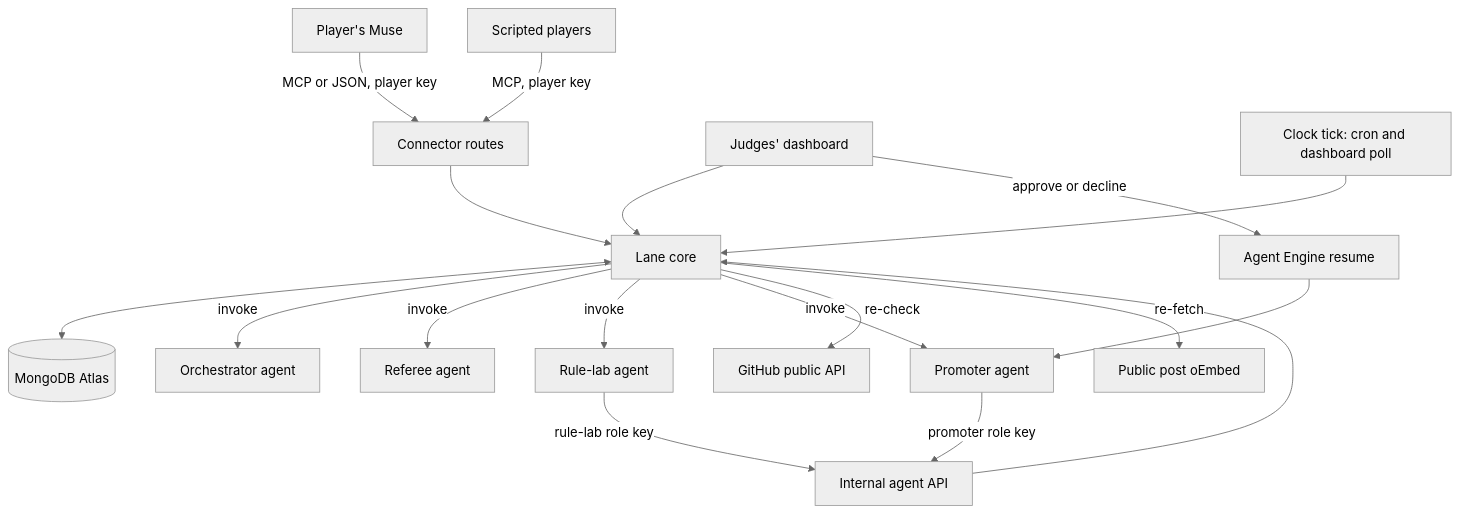
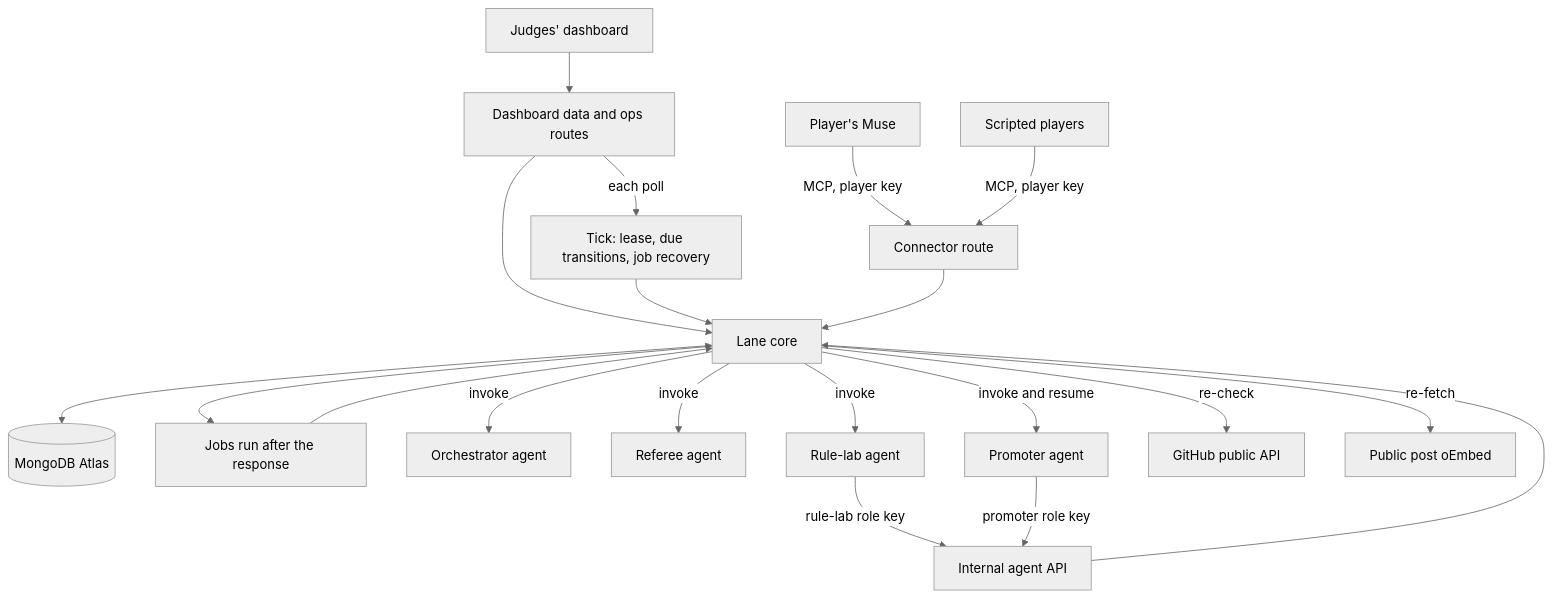
Before and after one commit to mxblmr/lane: the second of 5 diagrams in docs/plans/2026-10-11-1233-feat-lane-mvp-plan.md, drawn with Mermaid (neutral theme). The commit also changed other lines of this file, not shown here.

````diff
--- a/docs/plans/2026-10-11-1233-feat-lane-mvp-plan.md
+++ b/docs/plans/2026-10-11-1233-feat-lane-mvp-plan.md
@@ -268,20 +311,22 @@
 ```mermaid
 flowchart TB
-  muse["Player's Muse"] -->|"MCP or JSON, player key"| conn["Connector routes"]
+  muse["Player's Muse"] -->|"MCP, player key"| conn["Connector route"]
   scripts["Scripted players"] -->|"MCP, player key"| conn
-  dash["Judges' dashboard"] --> core
-  tick["Clock tick: cron and dashboard poll"] --> core
+  dash["Judges' dashboard"] --> data["Dashboard data and ops routes"]
+  data --> core
+  data -->|"each poll"| tick["Tick: lease, due transitions, job recovery"]
+  tick --> core
   conn --> core["Lane core"]
   core <--> db[("MongoDB Atlas")]
+  core --> jobs["Jobs run after the response"]
+  jobs --> core
   core -->|"invoke"| orch["Orchestrator agent"]
   core -->|"invoke"| ref["Referee agent"]
   core -->|"invoke"| lab["Rule-lab agent"]
-  core -->|"invoke"| prom["Promoter agent"]
+  core -->|"invoke and resume"| prom["Promoter agent"]
   lab -->|"rule-lab role key"| internal["Internal agent API"]
   prom -->|"promoter role key"| internal
   internal --> core
   core -->|"re-check"| gh["GitHub public API"]
   core -->|"re-fetch"| posts["Public post oEmbed"]
-  dash -->|"approve or decline"| resume["Agent Engine resume"]
-  resume --> prom
 ```
````
